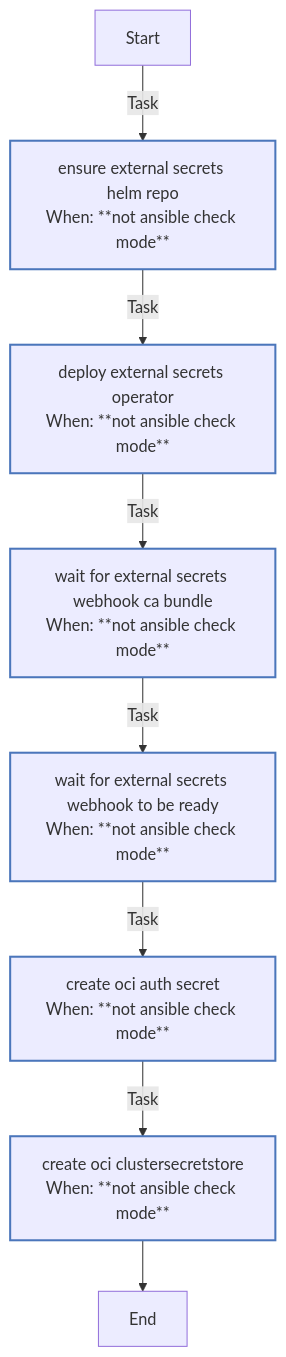
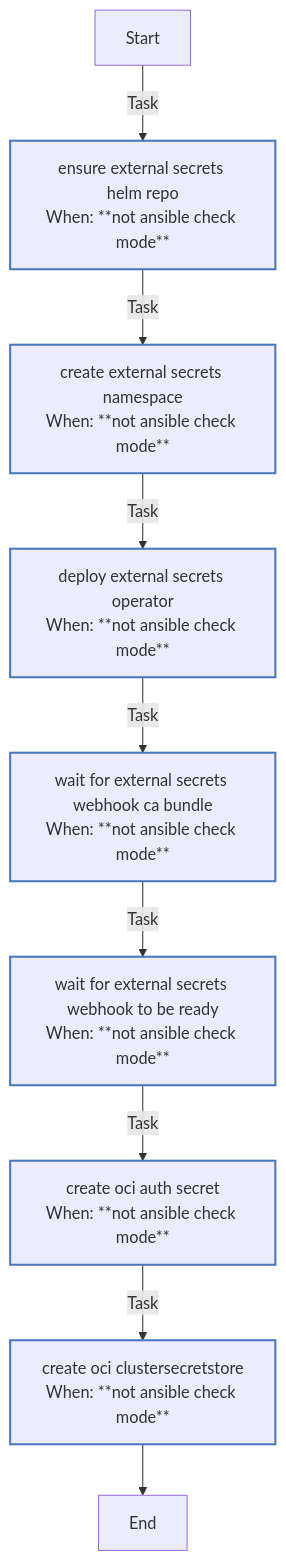
One commit to rou-cru/k3s-homelab changed the diagram in roles/external_secrets/README.md. Above: the diagram before and after it, drawn with Mermaid. The commit also changed other lines of this file and 42 other files, not shown here.

Commit message:
feat(platform): refresh argocd cert-manager gateway and external-secrets

````diff
--- a/roles/external_secrets/README.md
+++ b/roles/external_secrets/README.md
@@ -130,20 +131,21 @@
 ```mermaid
 flowchart TD
 Start
 classDef block stroke:#3498db,stroke-width:2px;
 classDef task stroke:#4b76bb,stroke-width:2px;
 classDef includeTasks stroke:#16a085,stroke-width:2px;
 classDef importTasks stroke:#34495e,stroke-width:2px;
 classDef includeRole stroke:#2980b9,stroke-width:2px;
 classDef importRole stroke:#699ba7,stroke-width:2px;
 classDef includeVars stroke:#8e44ad,stroke-width:2px;
 classDef rescue stroke:#665352,stroke-width:2px;
 
   Start-->|Task| Ensure_External_Secrets_Helm_repo0[ensure external secrets helm repo<br>When: **not ansible check mode**]:::task
-  Ensure_External_Secrets_Helm_repo0-->|Task| Deploy_External_Secrets_Operator1[deploy external secrets operator<br>When: **not ansible check mode**]:::task
-  Deploy_External_Secrets_Operator1-->|Task| Wait_for_external_secrets_webhook_CA_bundle2[wait for external secrets webhook ca bundle<br>When: **not ansible check mode**]:::task
-  Wait_for_external_secrets_webhook_CA_bundle2-->|Task| Wait_for_external_secrets_webhook_to_be_ready3[wait for external secrets webhook to be ready<br>When: **not ansible check mode**]:::task
-  Wait_for_external_secrets_webhook_to_be_ready3-->|Task| Create_OCI_Auth_Secret4[create oci auth secret<br>When: **not ansible check mode**]:::task
-  Create_OCI_Auth_Secret4-->|Task| Create_OCI_ClusterSecretStore5[create oci clustersecretstore<br>When: **not ansible check mode**]:::task
-  Create_OCI_ClusterSecretStore5-->End
+  Ensure_External_Secrets_Helm_repo0-->|Task| Create_external_secrets_namespace1[create external secrets namespace<br>When: **not ansible check mode**]:::task
+  Create_external_secrets_namespace1-->|Task| Deploy_External_Secrets_Operator2[deploy external secrets operator<br>When: **not ansible check mode**]:::task
+  Deploy_External_Secrets_Operator2-->|Task| Wait_for_external_secrets_webhook_CA_bundle3[wait for external secrets webhook ca bundle<br>When: **not ansible check mode**]:::task
+  Wait_for_external_secrets_webhook_CA_bundle3-->|Task| Wait_for_external_secrets_webhook_to_be_ready4[wait for external secrets webhook to be ready<br>When: **not ansible check mode**]:::task
+  Wait_for_external_secrets_webhook_to_be_ready4-->|Task| Create_OCI_Auth_Secret5[create oci auth secret<br>When: **not ansible check mode**]:::task
+  Create_OCI_Auth_Secret5-->|Task| Create_OCI_ClusterSecretStore6[create oci clustersecretstore<br>When: **not ansible check mode**]:::task
+  Create_OCI_ClusterSecretStore6-->End
 ```
````
